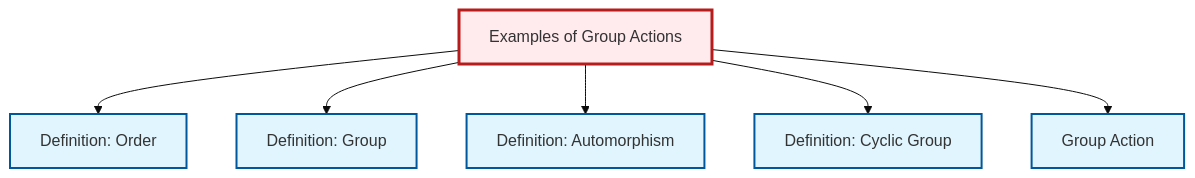
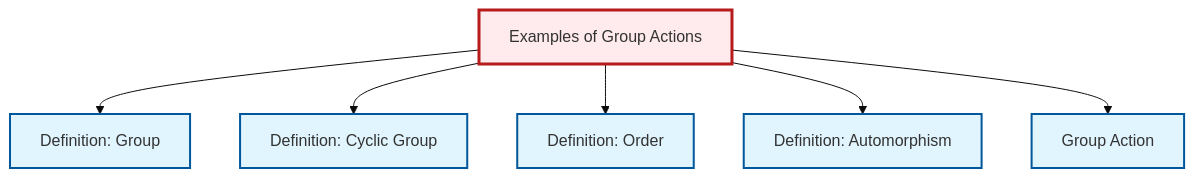
One commit to RK0429/ModernMath changed the diagram in content/en/algebra/ex-group-action-examples.qmd. Above: the diagram before and after it, drawn with Mermaid (base theme). The commit also changed other lines of this file and 597 other files, not shown here.

````diff
--- a/content/en/algebra/ex-group-action-examples.qmd
+++ b/content/en/algebra/ex-group-action-examples.qmd
@@ -77,26 +77,26 @@
 ```{mermaid}
 %%| fig-cap: "Local dependency graph"
 graph TD
     classDef definition fill:#e1f5fe,stroke:#01579b,stroke-width:2px
     classDef theorem fill:#f3e5f5,stroke:#4a148c,stroke-width:2px
     classDef axiom fill:#fff3e0,stroke:#e65100,stroke-width:2px
     classDef example fill:#e8f5e9,stroke:#1b5e20,stroke-width:2px
     classDef current fill:#ffebee,stroke:#b71c1c,stroke-width:3px
+    def-cyclic-group["Definition: Cyclic Group"]:::definition
+    def-group-action["Group Action"]:::definition
     def-order["Definition: Order"]:::definition
-    def-group-action["Group Action"]:::definition
     ex-group-action-examples["Examples of Group Actions"]:::example
-    def-cyclic-group["Definition: Cyclic Group"]:::definition
+    def-automorphism["Definition: Automorphism"]:::definition
     def-group["Definition: Group"]:::definition
-    def-automorphism["Definition: Automorphism"]:::definition
+    ex-group-action-examples --> def-group
+    ex-group-action-examples --> def-cyclic-group
     ex-group-action-examples --> def-order
-    ex-group-action-examples --> def-group
     ex-group-action-examples --> def-automorphism
-    ex-group-action-examples --> def-cyclic-group
     ex-group-action-examples --> def-group-action
     class ex-group-action-examples current
+    click def-cyclic-group "def-cyclic-group.html" "Go to Cyclic Group definition"
+    click def-group-action "def-group-action.html" "Go to Group Action"
     click def-order "def-order.html" "Go to Order definition"
-    click def-group-action "def-group-action.html" "Go to Group Action"
-    click def-cyclic-group "def-cyclic-group.html" "Go to Cyclic Group definition"
+    click def-automorphism "def-automorphism.html" "Go to Automorphism definition"
     click def-group "def-group.html" "Go to Group definition"
-    click def-automorphism "def-automorphism.html" "Go to Automorphism definition"
 ```
````
